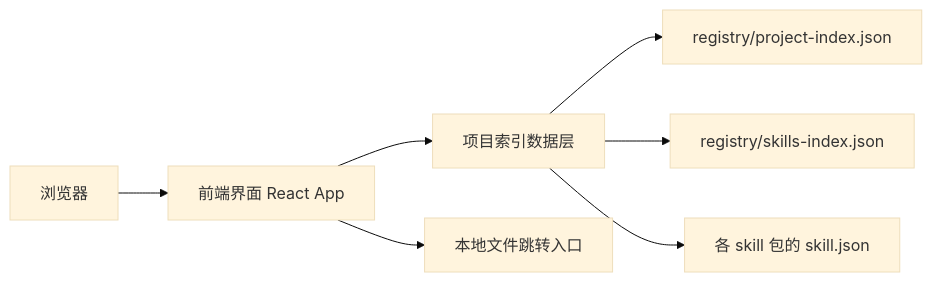
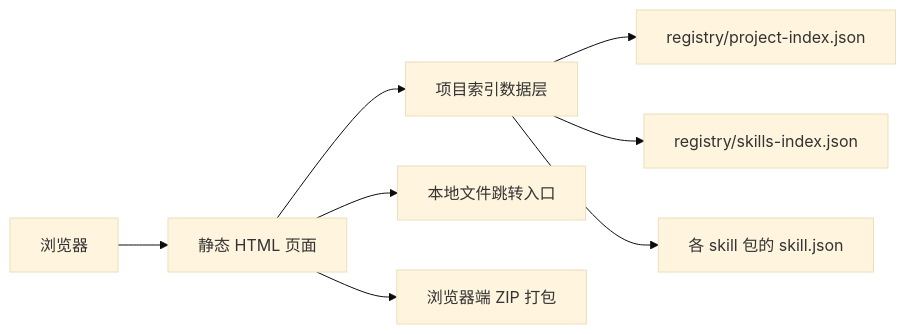
Before and after one commit to hanchn/SkillForge: the first of 2 diagrams in .trae/documents/skills-visual-dashboard-tech.md, drawn with Mermaid (base theme). The commit also changed other lines of this file and 11 other files, not shown here.

````diff
--- a/.trae/documents/skills-visual-dashboard-tech.md
+++ b/.trae/documents/skills-visual-dashboard-tech.md
@@ -3,9 +3,10 @@
 ```mermaid
 flowchart LR
-    A["浏览器"] --> B["前端界面 React App"]
+    A["浏览器"] --> B["静态 HTML 页面"]
     B --> C["项目索引数据层"]
     C --> D["registry/project-index.json"]
     C --> E["registry/skills-index.json"]
     C --> F["各 skill 包的 skill.json"]
     B --> G["本地文件跳转入口"]
+    B --> H["浏览器端 ZIP 打包"]
 ```
````
